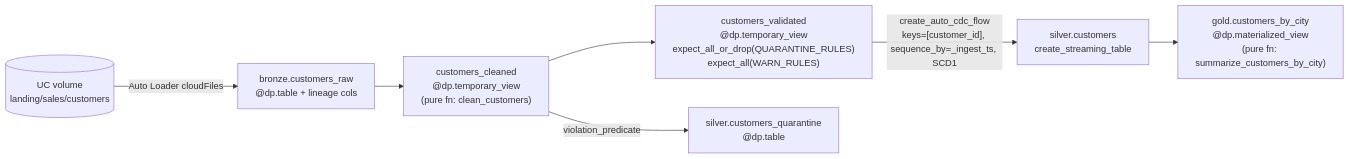
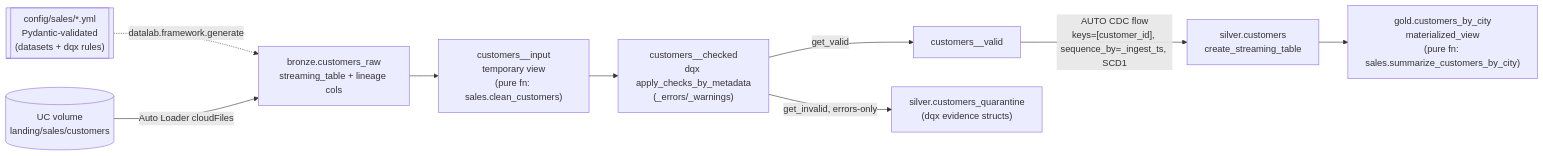
Before and after one commit to Vegash09/Demo_Lab: the third of 3 diagrams in docs/ARCHITECTURE.md, drawn with Mermaid. The commit also changed other lines of this file and 43 other files, not shown here.

````diff
--- a/docs/ARCHITECTURE.md
+++ b/docs/ARCHITECTURE.md
@@ -43,9 +43,11 @@
 ```mermaid
 flowchart LR
-    LAND[("UC volume\nlanding/sales/customers")] -->|Auto Loader cloudFiles| BR["bronze.customers_raw\n@dp.table + lineage cols"]
-    BR --> CL["customers_cleaned\n@dp.temporary_view\n(pure fn: clean_customers)"]
-    CL --> VAL["customers_validated\n@dp.temporary_view\nexpect_all_or_drop(QUARANTINE_RULES)\nexpect_all(WARN_RULES)"]
-    CL -->|violation_predicate| QUAR["silver.customers_quarantine\n@dp.table"]
-    VAL -->|"create_auto_cdc_flow\nkeys=[customer_id], sequence_by=_ingest_ts, SCD1"| SIL["silver.customers\ncreate_streaming_table"]
-    SIL --> GOLD["gold.customers_by_city\n@dp.materialized_view\n(pure fn: summarize_customers_by_city)"]
+    YML[["config/sales/*.yml\nPydantic-validated\n(datasets + dqx rules)"]] -.->|datalab.framework.generate| BR
+    LAND[("UC volume\nlanding/sales/customers")] -->|Auto Loader cloudFiles| BR["bronze.customers_raw\nstreaming_table + lineage cols"]
+    BR --> IN["customers__input\ntemporary view\n(pure fn: sales.clean_customers)"]
+    IN --> CHK["customers__checked\ndqx apply_checks_by_metadata\n(_errors/_warnings)"]
+    CHK -->|get_valid| VAL["customers__valid"]
+    CHK -->|get_invalid, errors-only| QUAR["silver.customers_quarantine\n(dqx evidence structs)"]
+    VAL -->|"AUTO CDC flow\nkeys=[customer_id], sequence_by=_ingest_ts, SCD1"| SIL["silver.customers\ncreate_streaming_table"]
+    SIL --> GOLD["gold.customers_by_city\nmaterialized_view\n(pure fn: sales.summarize_customers_by_city)"]
 ```
````
